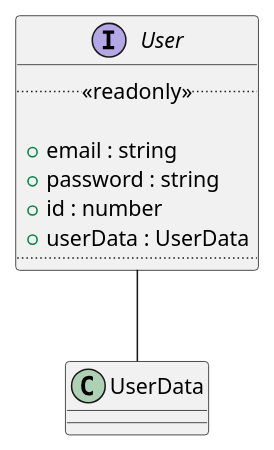
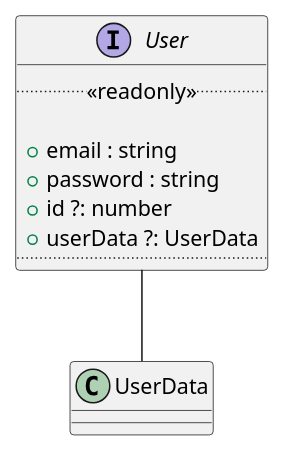
The diagram in docs/diagrams/interfaces/User/User.pu (GruppOne/stalker-web-app), drawn with PlantUML before and after one commit. The commit also changed 16 other files, not shown here.

```diff
--- a/docs/diagrams/interfaces/User/User.pu
+++ b/docs/diagrams/interfaces/User/User.pu
@@ -1,13 +1,13 @@
 @startuml User Diagram
 interface User {
   ..<<readonly>>..
 
   + email : string
   + password : string
-  + id : number
-  + userData : UserData
+  + id ?: number
+  + userData ?: UserData
   ....
 }
 
 User -- UserData
 @enduml
```
